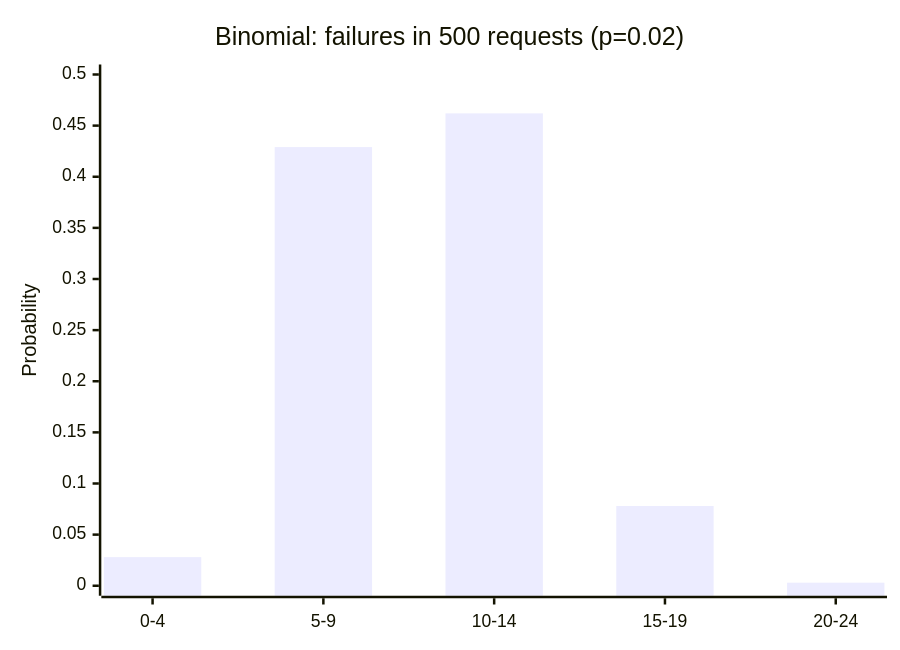
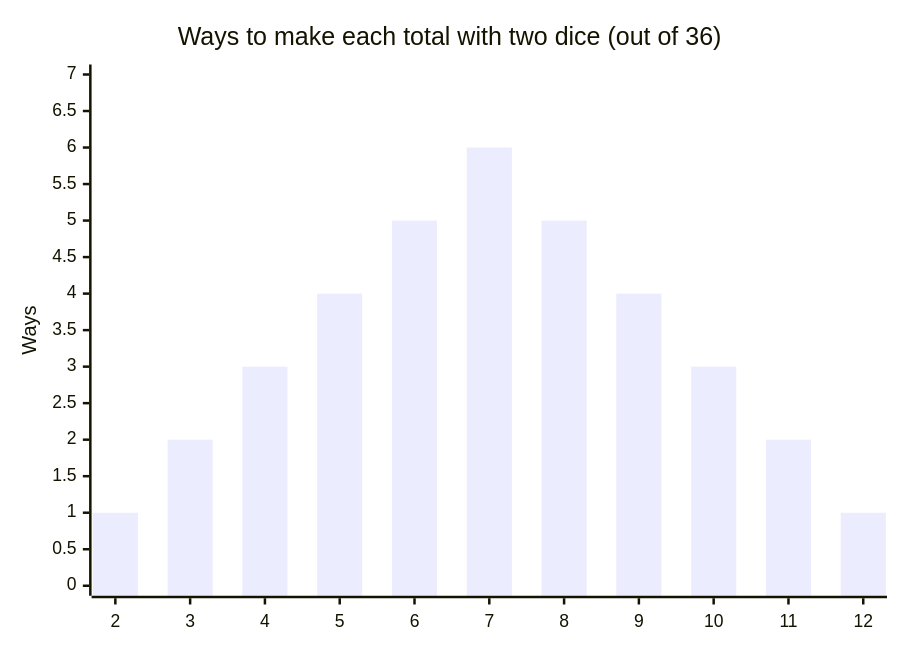
One commit to francoandreDev/knowledge changed the second of 2 diagrams in src/content/applied-math/probability-distributions-uniform/L2-concept.mdx. Above: the diagram before and after it, drawn with Mermaid. The commit also changed other lines of this file and 3 other files, not shown here.

````diff
--- a/src/content/applied-math/probability-distributions-uniform/L2-concept.mdx
+++ b/src/content/applied-math/probability-distributions-uniform/L2-concept.mdx
@@ -87,7 +128,7 @@
 ```mermaid
 xychart-beta
-    title "Binomial: failures in 500 requests (p=0.02)"
-    x-axis ["0-4", "5-9", "10-14", "15-19", "20-24"]
-    y-axis "Probability" 0 --> 0.5
-    bar [0.028, 0.429, 0.462, 0.078, 0.003]
+    title "Ways to make each total with two dice (out of 36)"
+    x-axis ["2", "3", "4", "5", "6", "7", "8", "9", "10", "11", "12"]
+    y-axis "Ways" 0 --> 7
+    bar [1, 2, 3, 4, 5, 6, 5, 4, 3, 2, 1]
 ```
````
